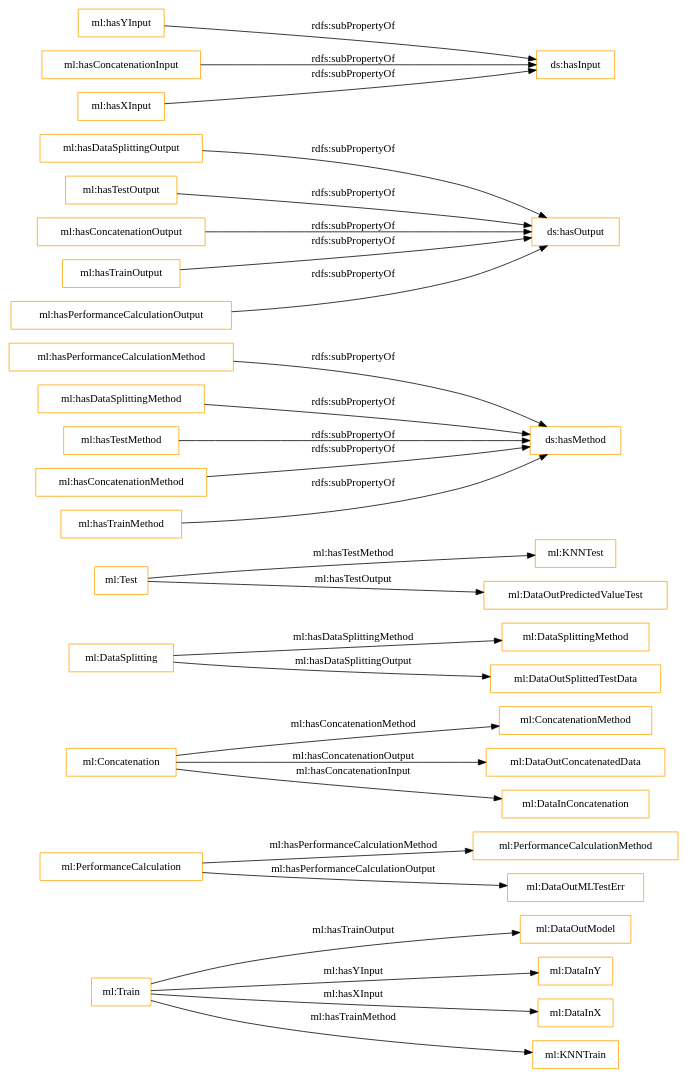
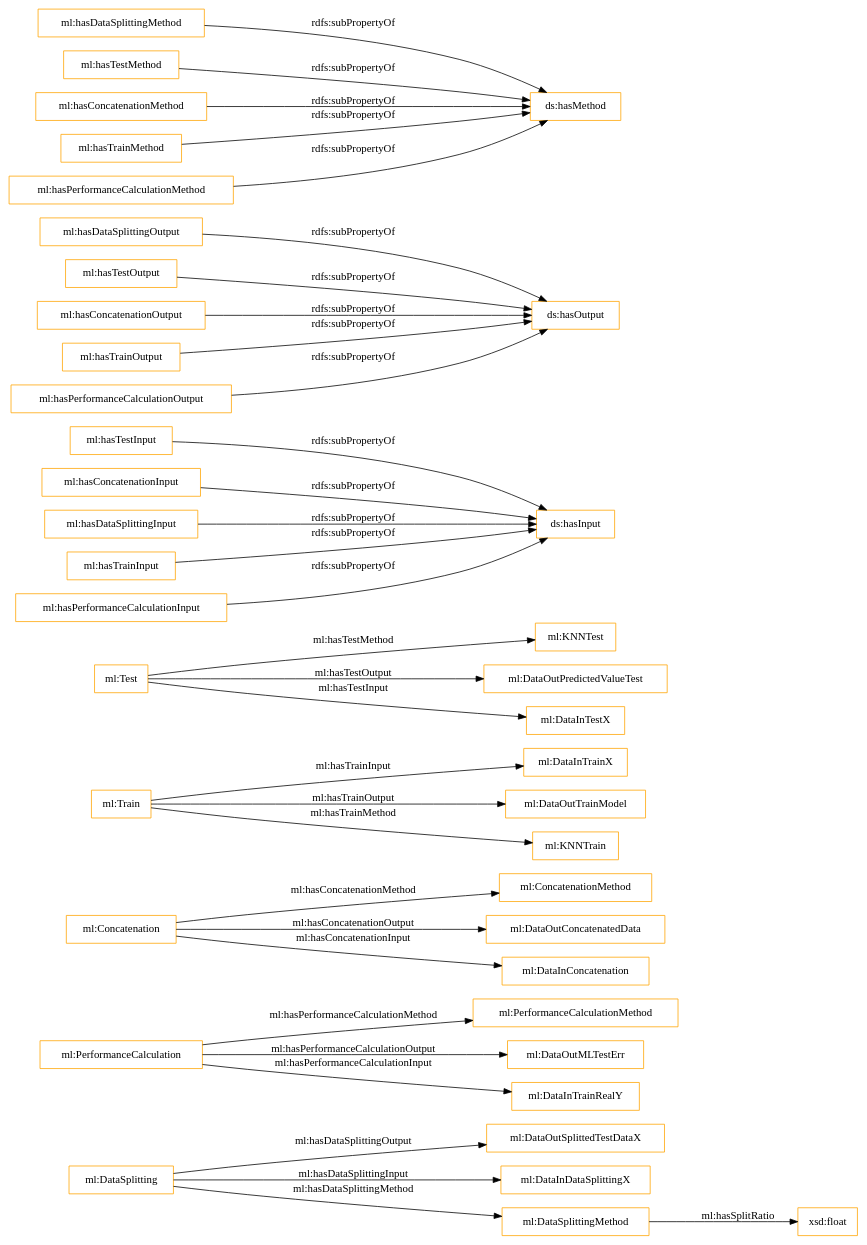
Before and after one commit to nsai-uio/ExeKGOntology: the diagram in OnToology/ml_exeKGOntology.ttl/diagrams/ar2dtool-class/ml_exeKGOntology.ttl.png.dot, drawn with Graphviz. The commit also changed 12 other files, not shown here.

```diff
--- a/OnToology/ml_exeKGOntology.ttl/diagrams/ar2dtool-class/ml_exeKGOntology.ttl.png.dot
+++ b/OnToology/ml_exeKGOntology.ttl/diagrams/ar2dtool-class/ml_exeKGOntology.ttl.png.dot
@@ -1,32 +1,37 @@
 digraph ar2dtool_diagram { 
 rankdir=LR;
 size="1501"
-node [shape = rectangle, color="orange"]; "ml:DataOutModel" "ml:PerformanceCalculationMethod" "ml:Concatenation" "ml:ConcatenationMethod" "ml:DataInY" "ml:DataOutConcatenatedData" "ml:DataSplitting" "ml:KNNTest" "ml:Test" "ml:DataInX" "ml:DataSplittingMethod" "ml:Train" "ml:PerformanceCalculation" "ml:DataOutPredictedValueTest" "ml:KNNTrain" "ml:DataOutMLTestErr" "ml:DataInConcatenation" "ml:DataOutSplittedTestData" ; /*classes style*/
-	"ml:hasPerformanceCalculationMethod" -> "ds:hasMethod" [ label = "rdfs:subPropertyOf" ];
+node [shape = rectangle, color="orange"]; "ml:DataOutSplittedTestDataX" "ml:PerformanceCalculationMethod" "ml:Concatenation" "ml:ConcatenationMethod" "ml:DataInTrainX" "ml:DataOutConcatenatedData" "ml:DataSplitting" "ml:KNNTest" "ml:Test" "ml:DataInDataSplittingX" "ml:DataSplittingMethod" "ml:Train" "ml:PerformanceCalculation" "ml:DataOutTrainModel" "ml:DataOutPredictedValueTest" "ml:DataInTestX" "ml:KNNTrain" "ml:DataOutMLTestErr" "ml:DataInConcatenation" "ml:DataInTrainRealY" ; /*classes style*/
+	"ml:hasTestInput" -> "ds:hasInput" [ label = "rdfs:subPropertyOf" ];
 	"ml:hasDataSplittingOutput" -> "ds:hasOutput" [ label = "rdfs:subPropertyOf" ];
-	"ml:hasYInput" -> "ds:hasInput" [ label = "rdfs:subPropertyOf" ];
 	"ml:hasTestOutput" -> "ds:hasOutput" [ label = "rdfs:subPropertyOf" ];
 	"ml:hasConcatenationInput" -> "ds:hasInput" [ label = "rdfs:subPropertyOf" ];
 	"ml:hasDataSplittingMethod" -> "ds:hasMethod" [ label = "rdfs:subPropertyOf" ];
+	"ml:hasDataSplittingInput" -> "ds:hasInput" [ label = "rdfs:subPropertyOf" ];
 	"ml:hasConcatenationOutput" -> "ds:hasOutput" [ label = "rdfs:subPropertyOf" ];
 	"ml:hasTestMethod" -> "ds:hasMethod" [ label = "rdfs:subPropertyOf" ];
-	"ml:hasXInput" -> "ds:hasInput" [ label = "rdfs:subPropertyOf" ];
 	"ml:hasTrainOutput" -> "ds:hasOutput" [ label = "rdfs:subPropertyOf" ];
 	"ml:hasConcatenationMethod" -> "ds:hasMethod" [ label = "rdfs:subPropertyOf" ];
+	"ml:hasTrainInput" -> "ds:hasInput" [ label = "rdfs:subPropertyOf" ];
 	"ml:hasTrainMethod" -> "ds:hasMethod" [ label = "rdfs:subPropertyOf" ];
 	"ml:hasPerformanceCalculationOutput" -> "ds:hasOutput" [ label = "rdfs:subPropertyOf" ];
+	"ml:hasPerformanceCalculationInput" -> "ds:hasInput" [ label = "rdfs:subPropertyOf" ];
+	"ml:hasPerformanceCalculationMethod" -> "ds:hasMethod" [ label = "rdfs:subPropertyOf" ];
 	"ml:Test" -> "ml:DataOutPredictedValueTest" [ label = "ml:hasTestOutput" ];
 	"ml:Concatenation" -> "ml:DataInConcatenation" [ label = "ml:hasConcatenationInput" ];
-	"ml:Train" -> "ml:DataOutModel" [ label = "ml:hasTrainOutput" ];
+	"ml:Train" -> "ml:DataOutTrainModel" [ label = "ml:hasTrainOutput" ];
 	"ml:PerformanceCalculation" -> "ml:PerformanceCalculationMethod" [ label = "ml:hasPerformanceCalculationMethod" ];
 	"ml:Test" -> "ml:KNNTest" [ label = "ml:hasTestMethod" ];
 	"ml:DataSplitting" -> "ml:DataSplittingMethod" [ label = "ml:hasDataSplittingMethod" ];
 	"ml:PerformanceCalculation" -> "ml:DataOutMLTestErr" [ label = "ml:hasPerformanceCalculationOutput" ];
-	"ml:Train" -> "ml:DataInX" [ label = "ml:hasXInput" ];
+	"ml:Test" -> "ml:DataInTestX" [ label = "ml:hasTestInput" ];
 	"ml:Concatenation" -> "ml:ConcatenationMethod" [ label = "ml:hasConcatenationMethod" ];
-	"ml:DataSplitting" -> "ml:DataOutSplittedTestData" [ label = "ml:hasDataSplittingOutput" ];
+	"ml:DataSplitting" -> "ml:DataOutSplittedTestDataX" [ label = "ml:hasDataSplittingOutput" ];
+	"ml:PerformanceCalculation" -> "ml:DataInTrainRealY" [ label = "ml:hasPerformanceCalculationInput" ];
 	"ml:Train" -> "ml:KNNTrain" [ label = "ml:hasTrainMethod" ];
-	"ml:Train" -> "ml:DataInY" [ label = "ml:hasYInput" ];
+	"ml:DataSplitting" -> "ml:DataInDataSplittingX" [ label = "ml:hasDataSplittingInput" ];
 	"ml:Concatenation" -> "ml:DataOutConcatenatedData" [ label = "ml:hasConcatenationOutput" ];
+	"ml:DataSplittingMethod" -> "xsd:float" [ label = "ml:hasSplitRatio" ];
+	"ml:Train" -> "ml:DataInTrainX" [ label = "ml:hasTrainInput" ];
 
 }
```
